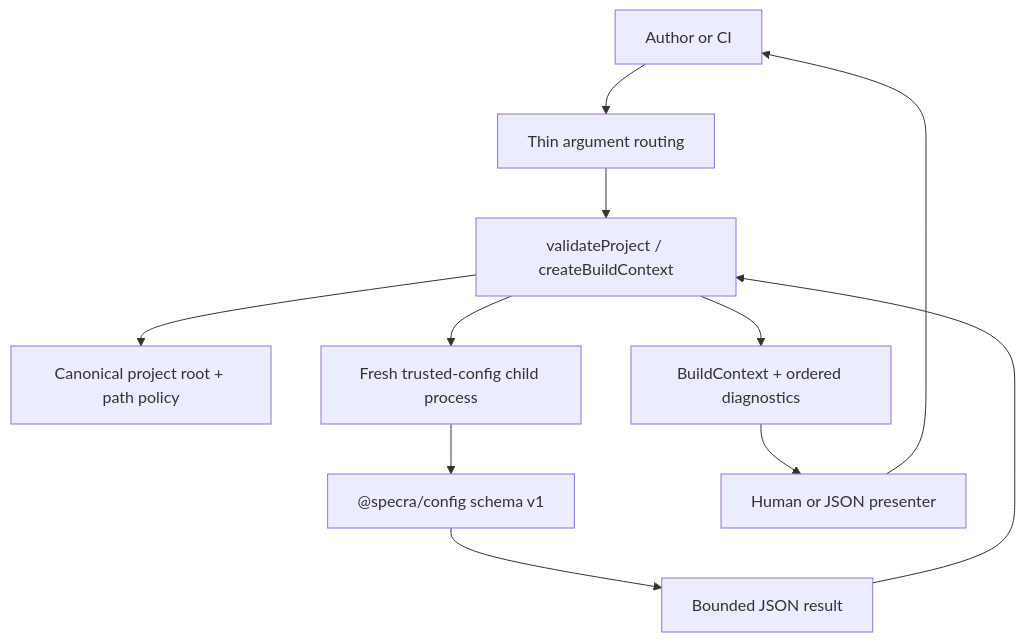
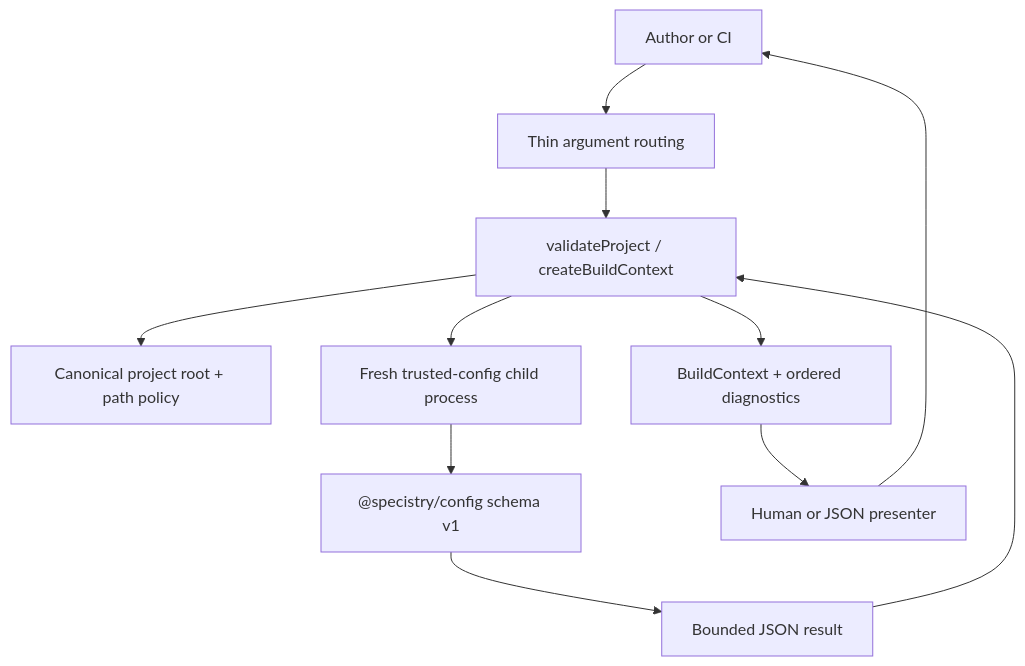
The fourth of 12 diagrams in docs/architecture/README.md (yannisyoussef/specistry), drawn with Mermaid before and after one commit. The commit also changed other lines of this file and 329 other files, not shown here.

````diff
--- a/docs/architecture/README.md
+++ b/docs/architecture/README.md
@@ -84,13 +84,13 @@
 ```mermaid
 flowchart TD
   User["Author or CI"] --> Args["Thin argument routing"]
   Args --> Validate["validateProject / createBuildContext"]
   Validate --> Root["Canonical project root + path policy"]
   Validate --> ConfigProcess["Fresh trusted-config child process"]
-  ConfigProcess --> Schema["@specra/config schema v1"]
+  ConfigProcess --> Schema["@specistry/config schema v1"]
   Schema --> Boundary["Bounded JSON result"]
   Boundary --> Validate
   Validate --> Context["BuildContext + ordered diagnostics"]
   Context --> Presenter["Human or JSON presenter"]
   Presenter --> User
 ```
````
